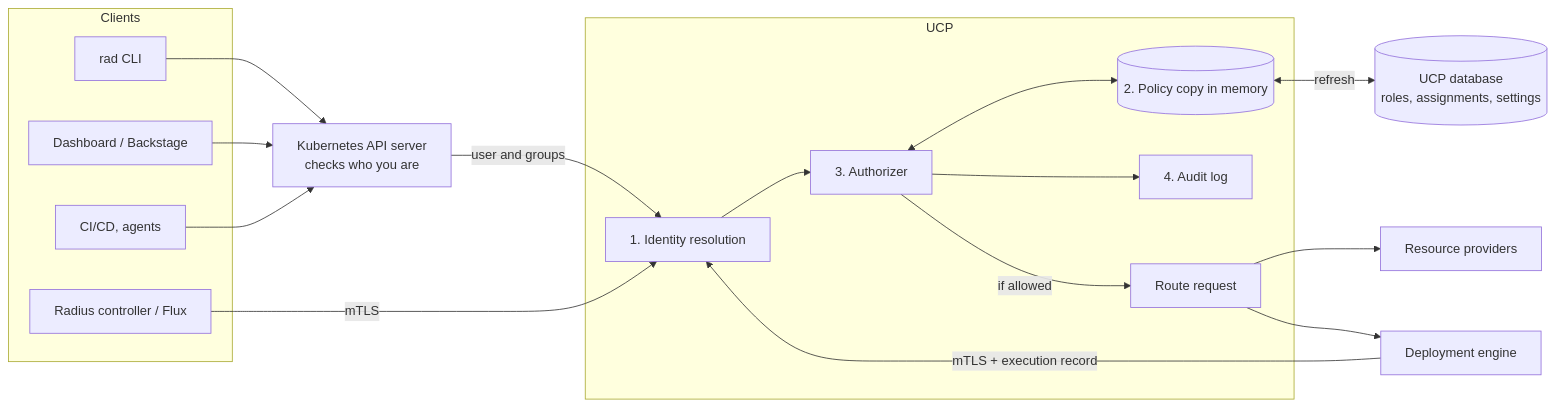
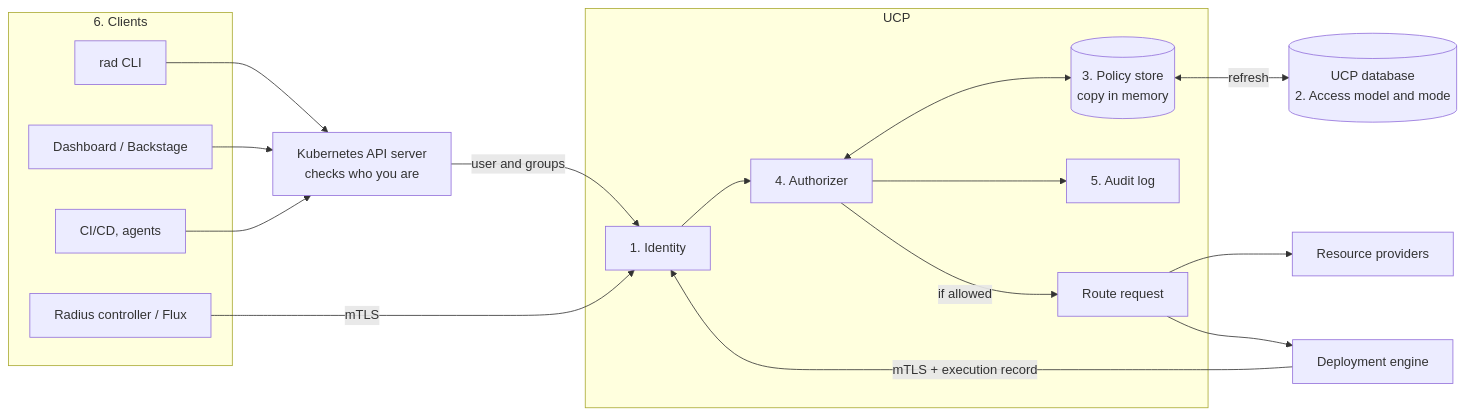
One commit to radius-project/radius changed the diagram in eng/design-notes/security/2026-10-built-in-rbac-design.md. Above: the diagram before and after it, drawn with Mermaid. The commit also changed other lines of this file, not shown here.

````diff
--- a/eng/design-notes/security/2026-10-built-in-rbac-design.md
+++ b/eng/design-notes/security/2026-10-built-in-rbac-design.md
@@ -130,34 +122,34 @@
 ```mermaid
 flowchart LR
-    subgraph Clients
+    subgraph Clients["6. Clients"]
         CLI[rad CLI]
         DASH[Dashboard / Backstage]
         GHA[CI/CD, agents]
         CTRL[Radius controller / Flux]
     end
     KAS[Kubernetes API server<br/>checks who you are]
     subgraph UCP
-        ID[1. Identity resolution]
-        AZ[3. Authorizer]
-        PS[(2. Policy copy in memory)]
-        AU[4. Audit log]
+        ID[1. Identity]
+        AZ[4. Authorizer]
+        PS[(3. Policy store<br/>copy in memory)]
+        AU[5. Audit log]
         PX[Route request]
     end
-    DB[(UCP database<br/>roles, assignments, settings)]
+    DB[(UCP database<br/>2. Access model and mode)]
     DE[Deployment engine]
     RP[Resource providers]
 
     CLI --> KAS
     DASH --> KAS
     GHA --> KAS
     KAS -- user and groups --> ID
     CTRL -- mTLS --> ID
     DE -- mTLS + execution record --> ID
     ID --> AZ
     AZ <--> PS
     PS <-- refresh --> DB
     AZ --> AU
     AZ -- if allowed --> PX
     PX --> RP
     PX --> DE
 ```
````
